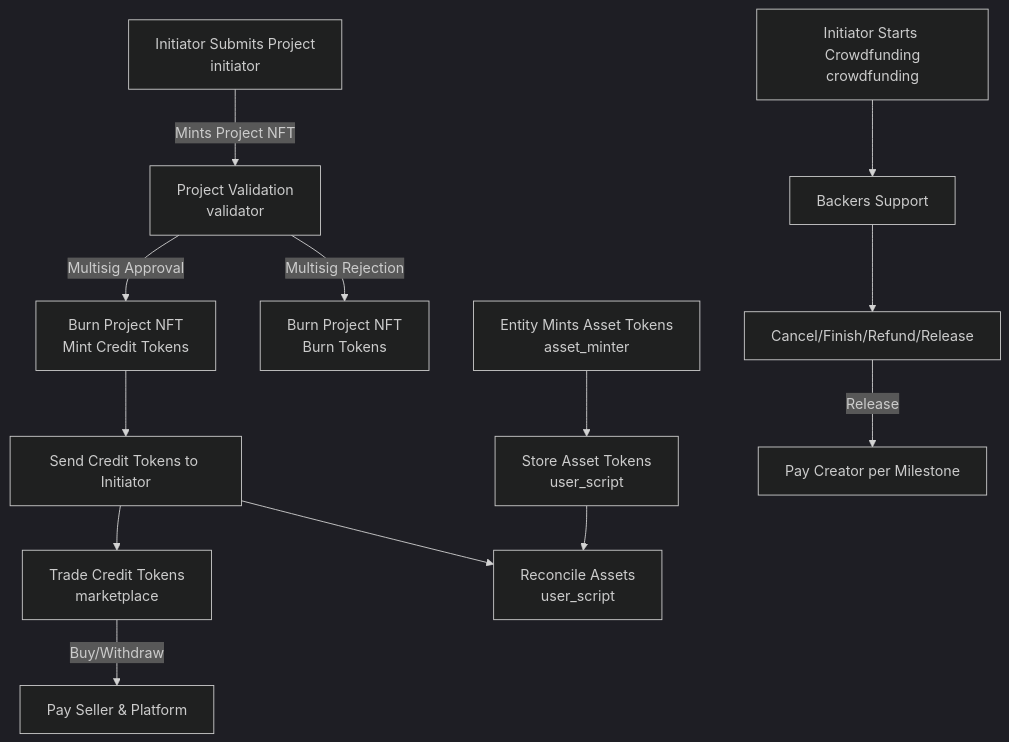
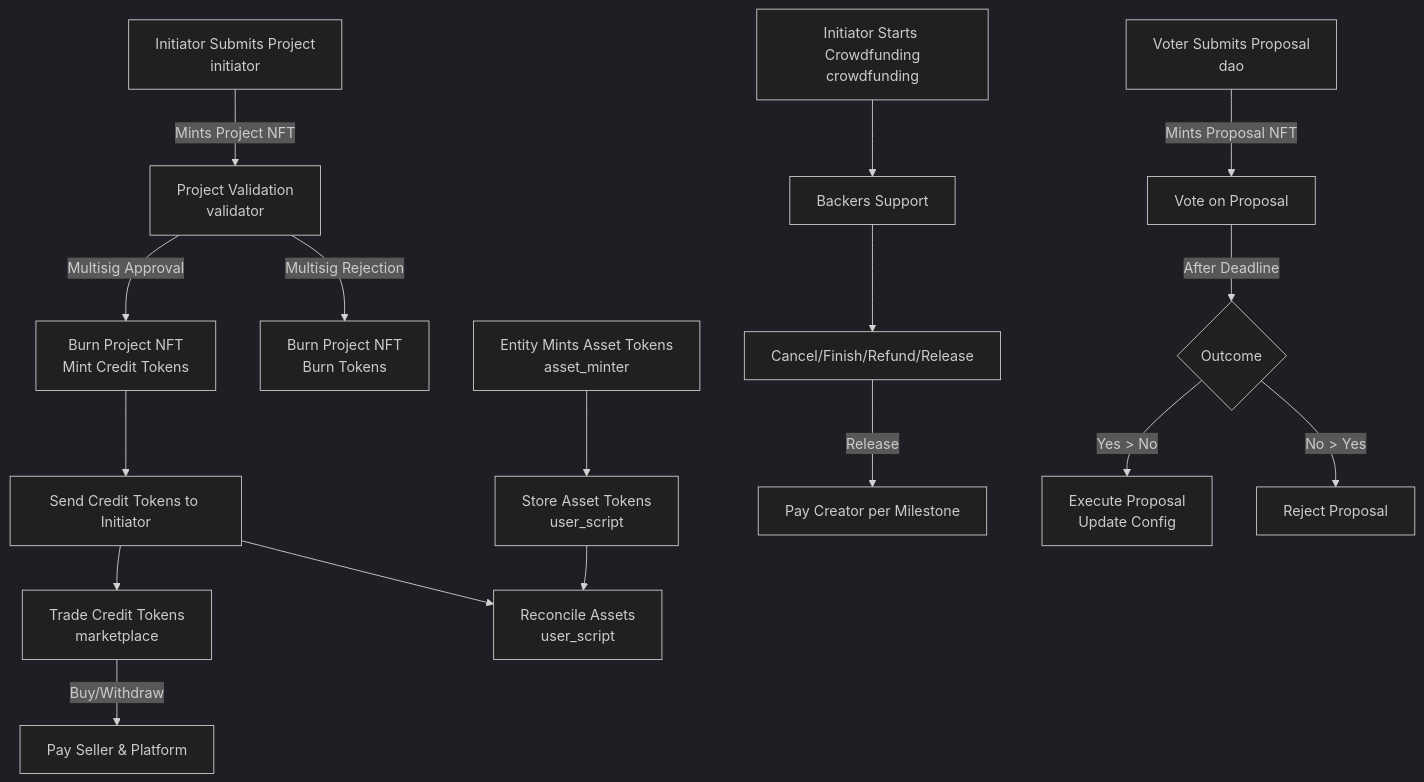
One commit to KonmaORG/Generic changed the diagram in generic_system_architecture_documentation.markdown. Above: the diagram before and after it, drawn with Mermaid (dark theme). The commit also changed other lines of this file, not shown here.

Commit message:
Add DAO governance proposal management section to documentation

````diff
--- a/generic_system_architecture_documentation.markdown
+++ b/generic_system_architecture_documentation.markdown
@@ -213,15 +237,19 @@
 ```mermaid
 graph TD
     A[Initiator Submits Project<br>initiator] -->|Mints Project NFT| B[Project Validation<br>validator]
     B -->|Multisig Approval| C[Burn Project NFT<br>Mint Credit Tokens]
     B -->|Multisig Rejection| D[Burn Project NFT<br>Burn Tokens]
     C --> E[Send Credit Tokens to Initiator]
     E --> F[Trade Credit Tokens<br>marketplace]
     E --> G[Reconcile Assets<br>user_script]
     H[Entity Mints Asset Tokens<br>asset_minter] --> I[Store Asset Tokens<br>user_script]
     I --> G
     F -->|Buy/Withdraw| J[Pay Seller & Platform]
     K[Initiator Starts Crowdfunding<br>crowdfunding] --> L[Backers Support]
     L --> M[Cancel/Finish/Refund/Release]
     M -->|Release| N[Pay Creator per Milestone]
+        O[Voter Submits Proposal<br>dao] -->|Mints Proposal NFT| P[Vote on Proposal]
+    P -->|After Deadline| Q{Outcome}
+    Q -->|Yes > No| R[Execute Proposal<br>Update Config]
+    Q -->|No > Yes| S[Reject Proposal]
 ```
````
